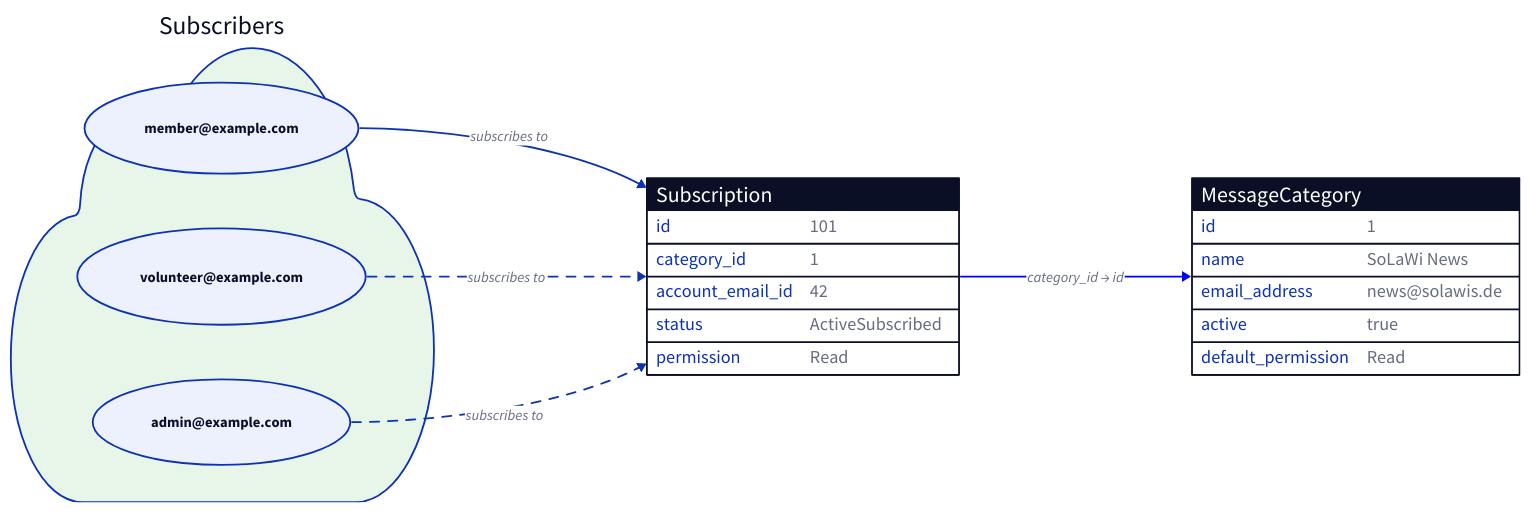
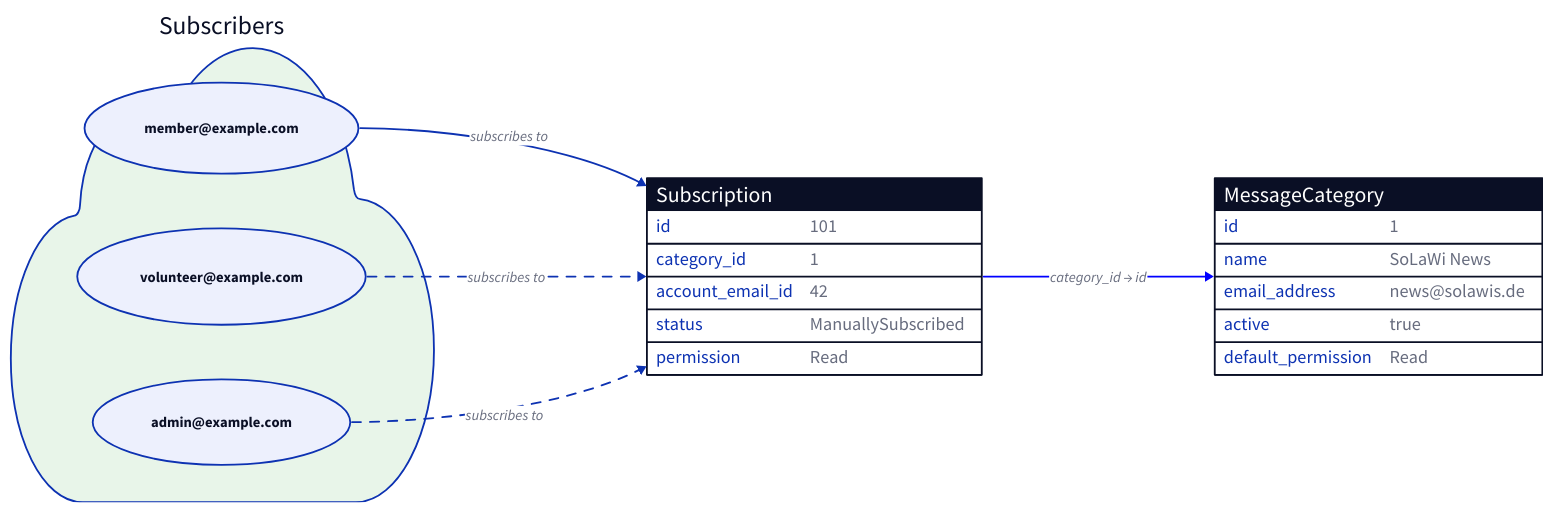
One commit to enaut/kommunikationszentrum changed the diagram in docs/src/email/categories-subscription-relationship.d2. Above: the diagram before and after it, drawn with D2. The commit also changed 20 other files, not shown here.

First line of the commit message:
The documentation and D2 diagrams across the Kommunikationszentrum repository have been comprehensively updated to reflect the architectural enhancements introduced in the last three commits (`fd0b473`, `7e1d919`, and `e8ae9a0`).

```diff
--- a/docs/src/email/categories-subscription-relationship.d2
+++ b/docs/src/email/categories-subscription-relationship.d2
@@ -1,33 +1,33 @@
 direction: right
 
 categories: "MessageCategory" {
     shape: sql_table
     id: 1
     name: "SoLaWi News"
     email_address: "news@solawis.de"
     active: true
     default_permission: "Read"
 }
 subscriptions: "Subscription"{
     shape: sql_table
     id: 101
     category_id: 1
     account_email_id: 42
-    status: "ActiveSubscribed"
+    status: "ManuallySubscribed"
     permission: "Read"
 }
 
 subscriptions.category_id -> categories.id: "category_id → id" {
   style.stroke: blue
 }
 subscribers: "Subscribers" {
   shape: cloud
   style.fill: "#e8f5e9"
   user1: "member@example.com" { shape: oval }
   user2: "volunteer@example.com" { shape: oval }
   user3: "admin@example.com" { shape: oval }
 }
 
 subscribers.user1 -> subscriptions: "subscribes to"
 subscribers.user2 -> subscriptions: "subscribes to" { style.stroke-dash: 5 }
 subscribers.user3 -> subscriptions: "subscribes to" { style.stroke-dash: 5 }
```
